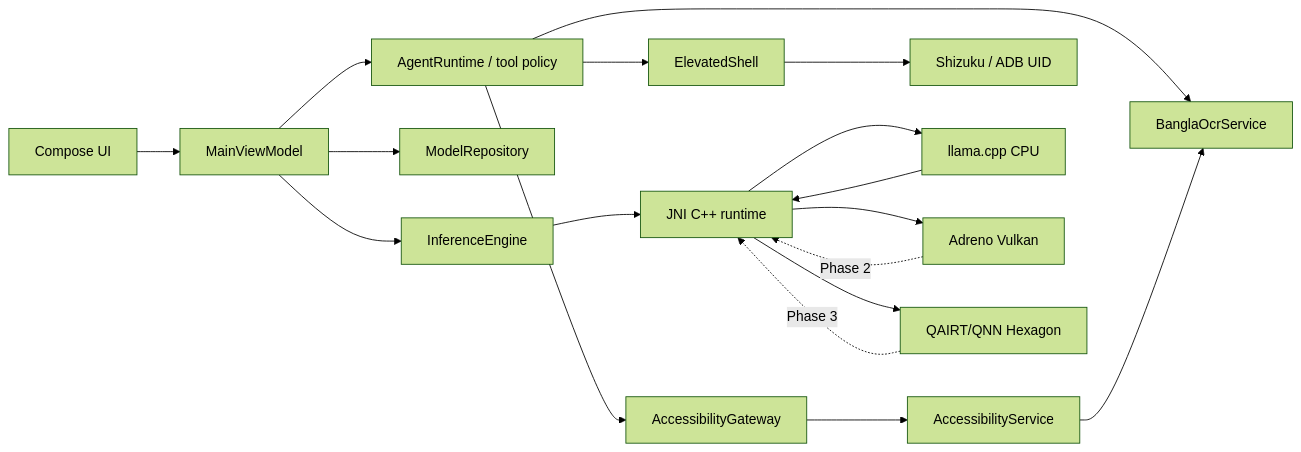
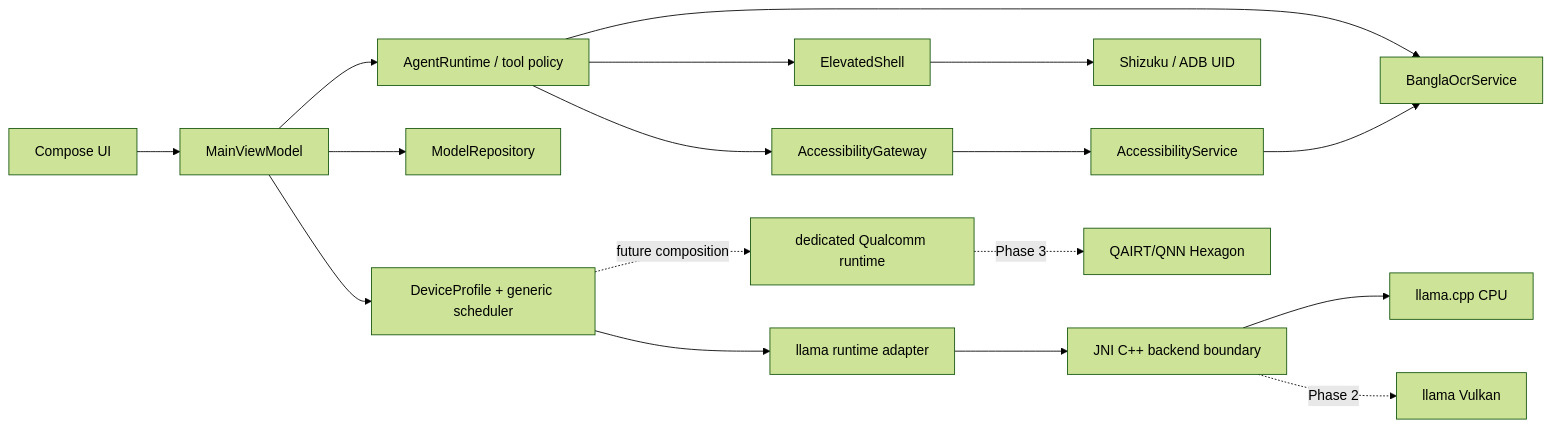
Before and after one commit to soobujmiah/lai: the diagram in README.md, drawn with Mermaid (forest theme). The commit also changed other lines of this file and 32 other files, not shown here.

Commit message:
refactor(runtime): isolate vendor backend architecture

````diff
--- a/README.md
+++ b/README.md
@@ -34,20 +35,19 @@
 ```mermaid
 flowchart LR
     UI[Compose UI] --> VM[MainViewModel]
     VM --> AG[AgentRuntime / tool policy]
     VM --> MR[ModelRepository]
     AG --> AX[AccessibilityGateway]
     AX --> AS[AccessibilityService]
     AG --> OCR[BanglaOcrService]
     AS --> OCR
     AG --> SH[ElevatedShell]
     SH --> SZ[Shizuku / ADB UID]
-    VM --> INF[InferenceEngine]
-    INF --> JNI[JNI C++ runtime]
+    VM --> DP[DeviceProfile + generic scheduler]
+    DP --> INF[llama runtime adapter]
+    INF --> JNI[JNI C++ backend boundary]
     JNI --> CPU[llama.cpp CPU]
-    JNI --> VK[Adreno Vulkan]
-    JNI --> QNN[QAIRT/QNN Hexagon]
-    CPU --> JNI
-    VK -. Phase 2 .-> JNI
-    QNN -. Phase 3 .-> JNI
+    JNI -. Phase 2 .-> VK[llama Vulkan]
+    DP -. future composition .-> QRT[dedicated Qualcomm runtime]
+    QRT -. Phase 3 .-> QNN[QAIRT/QNN Hexagon]
 ```
````
